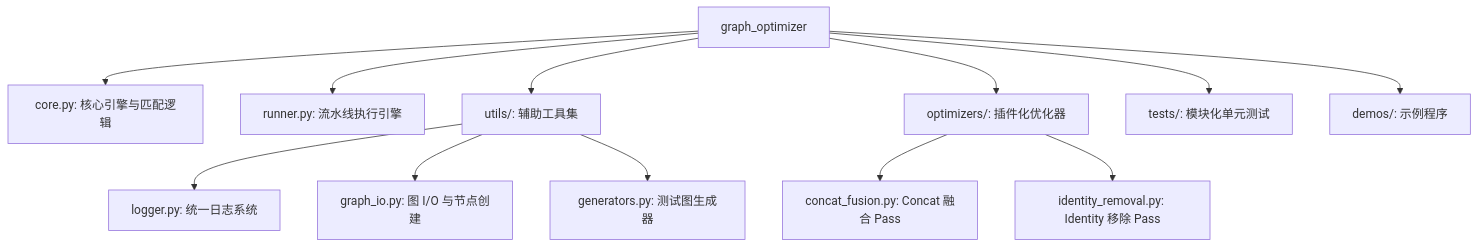
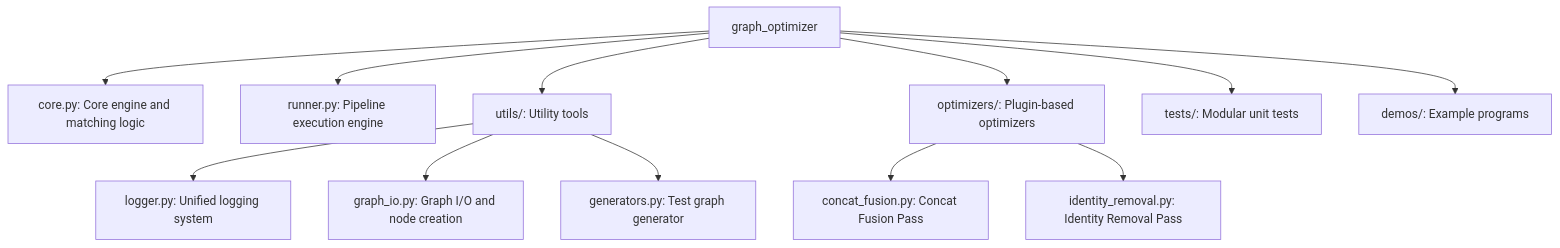
One commit to Iorest/graph_optimizer changed the diagram in README.md. Above: the diagram before and after it, drawn with Mermaid. The commit also changed other lines of this file and 1 other file, not shown here.

````diff
--- a/README.md
+++ b/README.md
@@ -17,14 +17,14 @@
 ```mermaid
 graph TD
-    Root[graph_optimizer] --> Core[core.py: 核心引擎与匹配逻辑]
-    Root --> Runner[runner.py: 流水线执行引擎]
-    Root --> Utils[utils/: 辅助工具集]
-    Utils --> Log[logger.py: 统一日志系统]
-    Utils --> IO[graph_io.py: 图 I/O 与节点创建]
-    Utils --> Gen[generators.py: 测试图生成器]
-    Root --> Opts[optimizers/: 插件化优化器]
-    Opts --> CF[concat_fusion.py: Concat 融合 Pass]
-    Opts --> IR[identity_removal.py: Identity 移除 Pass]
-    Root --> Tests[tests/: 模块化单元测试]
-    Root --> Demos[demos/: 示例程序]
+    Root[graph_optimizer] --> Core[core.py: Core engine and matching logic]
+    Root --> Runner[runner.py: Pipeline execution engine]
+    Root --> Utils[utils/: Utility tools]
+    Utils --> Log[logger.py: Unified logging system]
+    Utils --> IO[graph_io.py: Graph I/O and node creation]
+    Utils --> Gen[generators.py: Test graph generator]
+    Root --> Opts[optimizers/: Plugin-based optimizers]
+    Opts --> CF[concat_fusion.py: Concat Fusion Pass]
+    Opts --> IR[identity_removal.py: Identity Removal Pass]
+    Root --> Tests[tests/: Modular unit tests]
+    Root --> Demos[demos/: Example programs]
 ```
````
